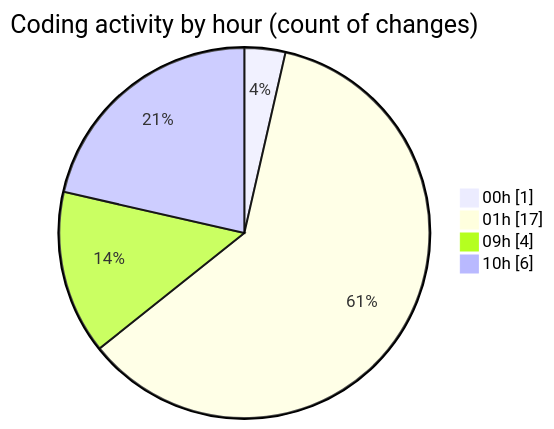
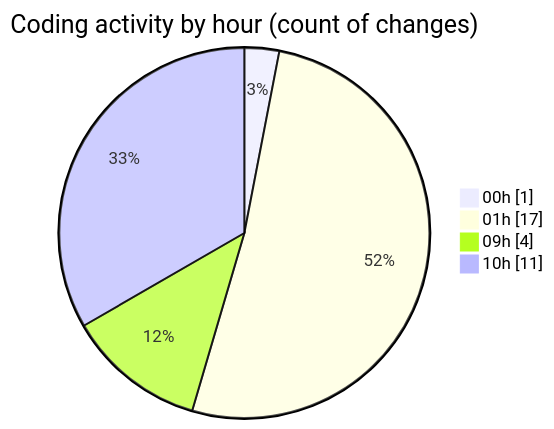
Before and after one commit to julien-gomy/code-tracking: the second of 2 diagrams in 2025-11-01/cdp_aleoudev_fr__workspace_/README.md, drawn with Mermaid. The commit also changed other lines of this file and 1 other file, not shown here.

````diff
--- a/2025-11-01/cdp_aleoudev_fr__workspace_/README.md
+++ b/2025-11-01/cdp_aleoudev_fr__workspace_/README.md
@@ -33,8 +33,8 @@
 ```mermaid
 pie showData
 title Coding activity by hour (count of changes)
 "00h" : 1
 "01h" : 17
 "09h" : 4
-"10h" : 6
+"10h" : 11
 ```
````
